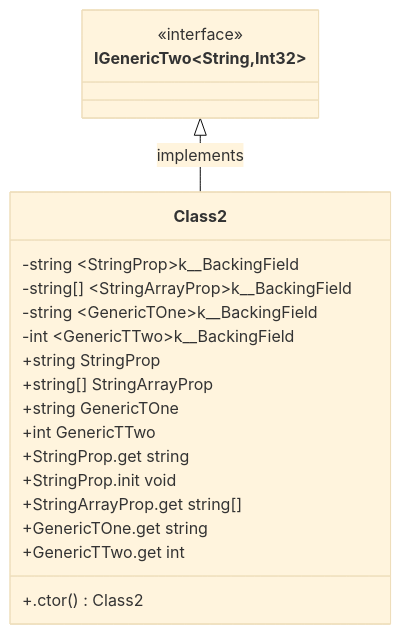
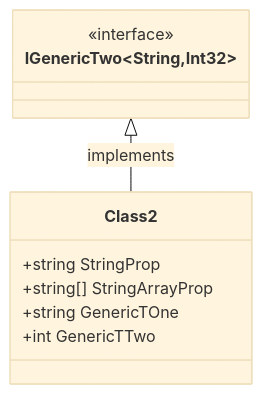
Before and after one commit to erichiller/gh-action-cs-metrics: the second of 7 diagrams in test/SampleProject/CODE_METRICS.md, drawn with Mermaid (base theme). The commit also changed other lines of this file and 1 other file, not shown here.

Commit message:
Use GetMembers(), filter where applicable

````diff
--- a/test/SampleProject/CODE_METRICS.md
+++ b/test/SampleProject/CODE_METRICS.md
@@ -237,27 +223,17 @@
 ```mermaid
 %%{init: {
     'fontFamily': 'monospace'
 } }%%
 classDiagram
 SomeRoot_SampleProject_IGenericTwo_System_String__System_Int32_ <|-- SomeRoot_SampleProject_Class2 : implements
 class SomeRoot_SampleProject_IGenericTwo_System_String__System_Int32_ ["IGenericTwo&lt;String,Int32&gt;"] {
     <<interface>>
 }
 class SomeRoot_SampleProject_Class2 ["Class2"] {
-    -string &lt;StringProp&gt;k__BackingField
-    -string[] &lt;StringArrayProp&gt;k__BackingField
-    -string &lt;GenericTOne&gt;k__BackingField
-    -int &lt;GenericTTwo&gt;k__BackingField
     +string StringProp
     +string[] StringArrayProp
     +string GenericTOne
     +int GenericTTwo
-    +StringProp.get string
-    +StringProp.init void
-    +StringArrayProp.get string[]
-    +GenericTOne.get string
-    +GenericTTwo.get int
-    +.ctor() Class2
 }
 
 ```
````
